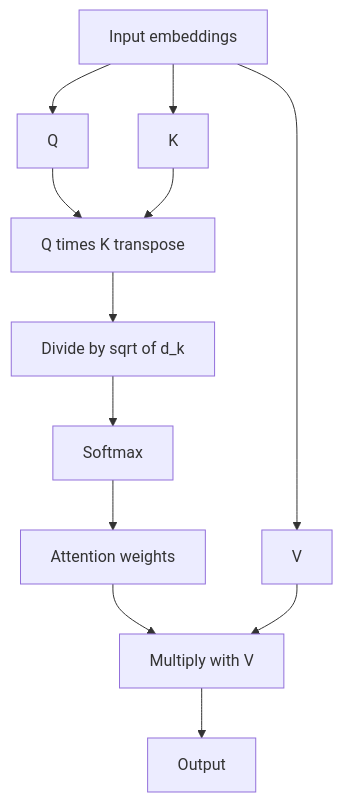
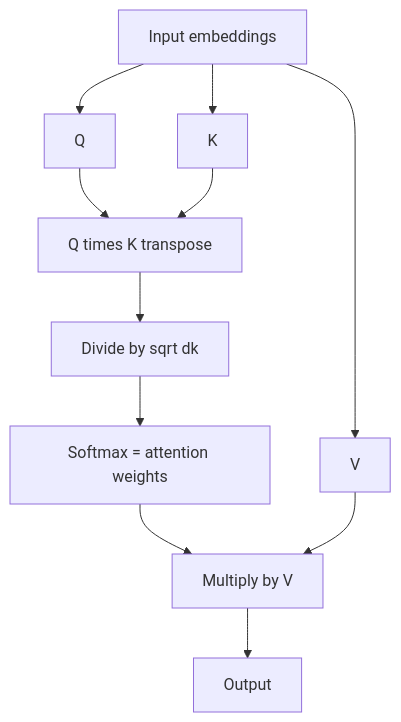
Before and after one commit to kaisarnajar/outcome-school-blogs: the first of 2 diagrams in notes/step-03-generative-ai-and-the-transformer-architecture/054-self-attention-in-transformers.md, drawn with Mermaid. The commit also changed other lines of this file and 233 other files, not shown here.

````diff
--- a/notes/step-03-generative-ai-and-the-transformer-architecture/054-self-attention-in-transformers.md
+++ b/notes/step-03-generative-ai-and-the-transformer-architecture/054-self-attention-in-transformers.md
@@ -41,14 +59,13 @@
 ```mermaid
 flowchart TD
-    X["Input embeddings"] --> Q["Q"]
-    X --> K["K"]
-    X --> V["V"]
-    Q --> S["Q times K transpose"]
-    K --> S
-    S --> D["Divide by sqrt of d_k"]
-    D --> SM["Softmax"]
-    SM --> W["Attention weights"]
-    W --> M["Multiply with V"]
-    V --> M
-    M --> O["Output"]
+    X1["Input embeddings"] --> Q1["Q"]
+    X1 --> K1["K"]
+    X1 --> V1["V"]
+    Q1 --> S1["Q times K transpose"]
+    K1 --> S1
+    S1 --> S2["Divide by sqrt dk"]
+    S2 --> S3["Softmax = attention weights"]
+    S3 --> O1["Multiply by V"]
+    V1 --> O1
+    O1 --> O2["Output"]
 ```
````
